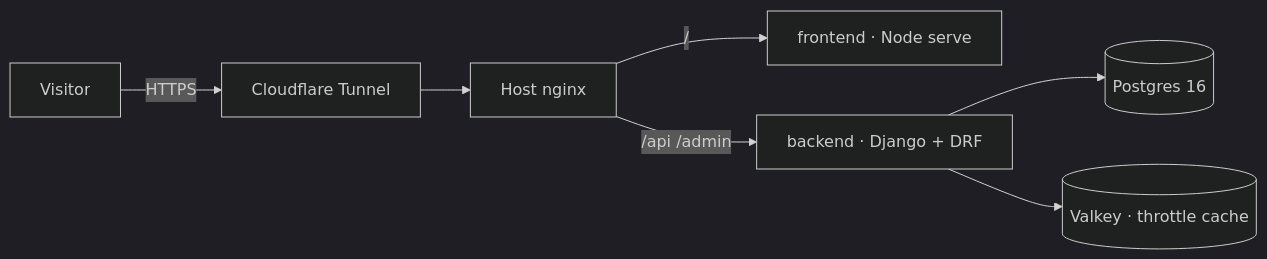
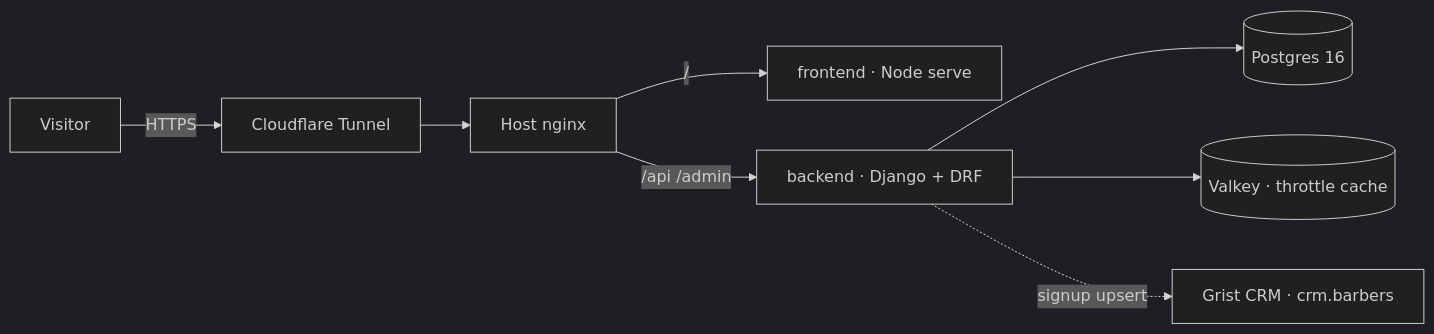
One commit to ShimonNavon/barbers changed the diagram in README.md. Above: the diagram before and after it, drawn with Mermaid (dark theme). The commit also changed other lines of this file and 11 other files, not shown here.

First line of the commit message:
feat(catalog): push landing-page signups to the Grist CRM

````diff
--- a/README.md
+++ b/README.md
@@ -21,8 +21,9 @@
 ```mermaid
 flowchart LR
     U[Visitor] -->|HTTPS| CF[Cloudflare Tunnel] --> N[Host nginx]
     N -->|/| F[frontend · Node serve]
     N -->|/api /admin| B[backend · Django + DRF]
     B --> P[(Postgres 16)]
     B --> V[(Valkey · throttle cache)]
+    B -.->|signup upsert| G[Grist CRM · crm.barbers]
 ```
````
